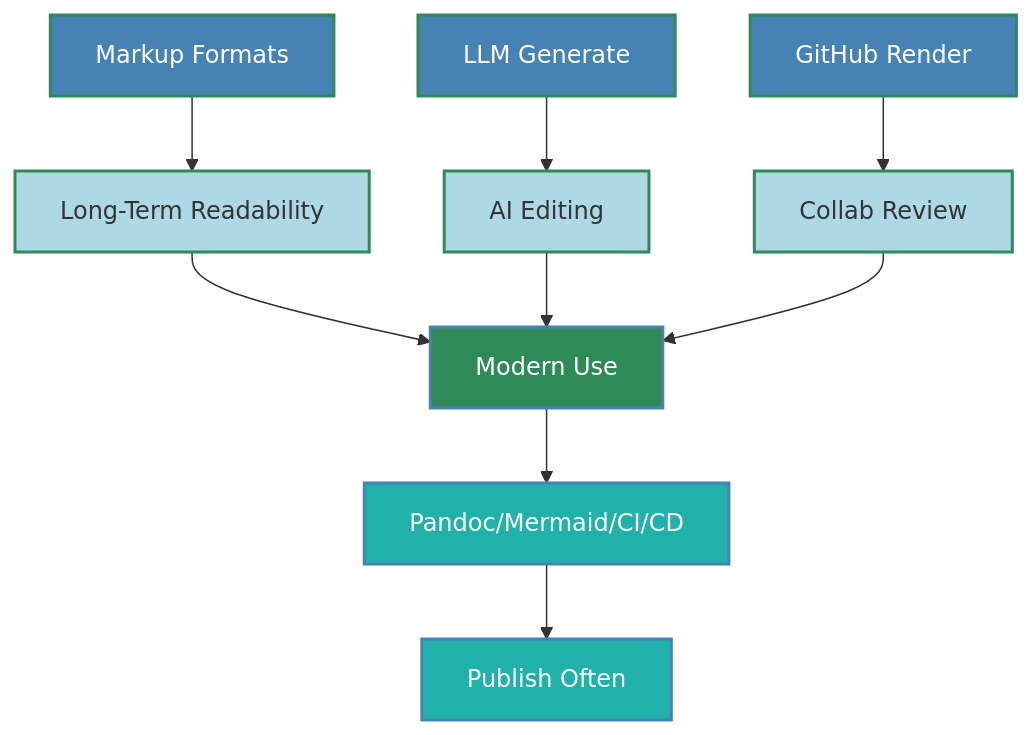
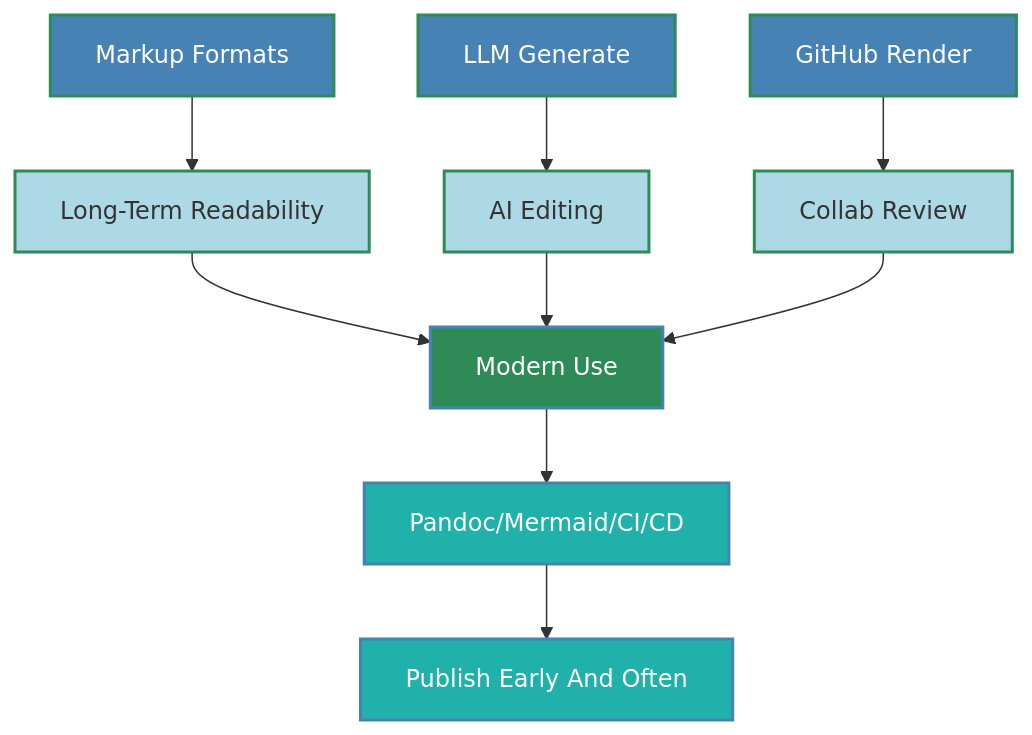
Before and after one commit to buckeye43210/markdown-to-snowkb: the fifth of 11 diagrams in README.md, drawn with Mermaid. The commit also changed other lines of this file and 1 other file, not shown here.

````diff
--- a/README.md
+++ b/README.md
@@ -294,21 +297,22 @@
 ```mermaid
 graph TD
-    A[Markup Formats] --> B[Long-Term Readability]
-    C[LLM Generate] --> D[AI Editing]
+    A[Markup Formats]
+    A --> B[Long-Term Readability]
+    C[LLM Generate]  --> D[AI Editing]
     E[GitHub Render] --> F[Collab Review]
     B --> G[Modern Use]
     D --> G
     F --> G
     G --> H[Pandoc/Mermaid/CI/CD]
-    H --> I[Publish Often]
+    H --> I[Publish Early And Often]
 
     style A fill:#4682B4,stroke:#2E8B57,stroke-width:2px,color:#FFFFFF
     style B fill:#ADD8E6,stroke:#2E8B57,stroke-width:2px
     style C fill:#4682B4,stroke:#2E8B57,stroke-width:2px,color:#FFFFFF
     style D fill:#ADD8E6,stroke:#2E8B57,stroke-width:2px
     style E fill:#4682B4,stroke:#2E8B57,stroke-width:2px,color:#FFFFFF
     style F fill:#ADD8E6,stroke:#2E8B57,stroke-width:2px
     style G fill:#2E8B57,stroke:#4682B4,stroke-width:2px,color:#FFFFFF
     style H fill:#20B2AA,stroke:#4682B4,stroke-width:2px,color:#FFFFFF
     style I fill:#20B2AA,stroke:#4682B4,stroke-width:2px,color:#FFFFFF
 ```
````
